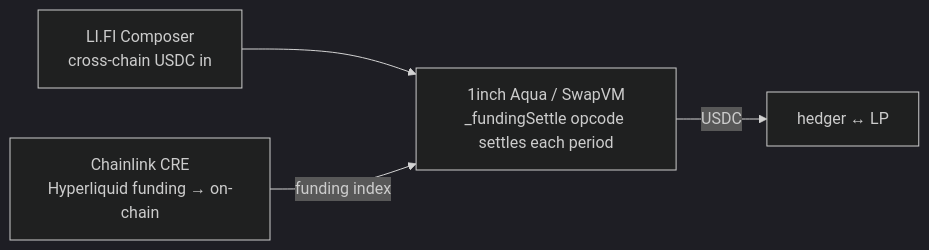
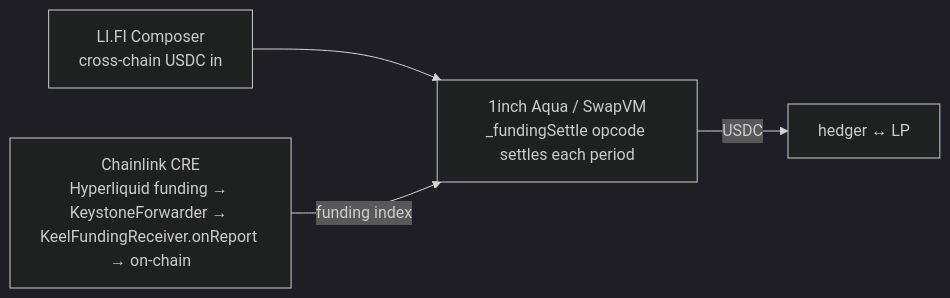
Before and after one commit to 0xYudhishthra/TenorFi: the first of 4 diagrams in docs/bounty-integrations.md, drawn with Mermaid (dark theme). The commit also changed other lines of this file and 10 other files, not shown here.

First line of the commit message:
feat(contracts): add KeelFundingReceiver CRE consumer; target Base mainnet

````diff
--- a/docs/bounty-integrations.md
+++ b/docs/bounty-integrations.md
@@ -16,7 +16,7 @@
 ```mermaid
 flowchart LR
     LIFI["LI.FI Composer<br/>cross-chain USDC in"] --> KEEL
-    CRE["Chainlink CRE<br/>Hyperliquid funding → on-chain"] -->|funding index| KEEL
+    CRE["Chainlink CRE<br/>Hyperliquid funding → KeystoneForwarder → KeelFundingReceiver.onReport → on-chain"] -->|funding index| KEEL
     KEEL["1inch Aqua / SwapVM<br/>_fundingSettle opcode settles each period"]
     KEEL -->|USDC| OUT["hedger ↔ LP"]
 ```
````
